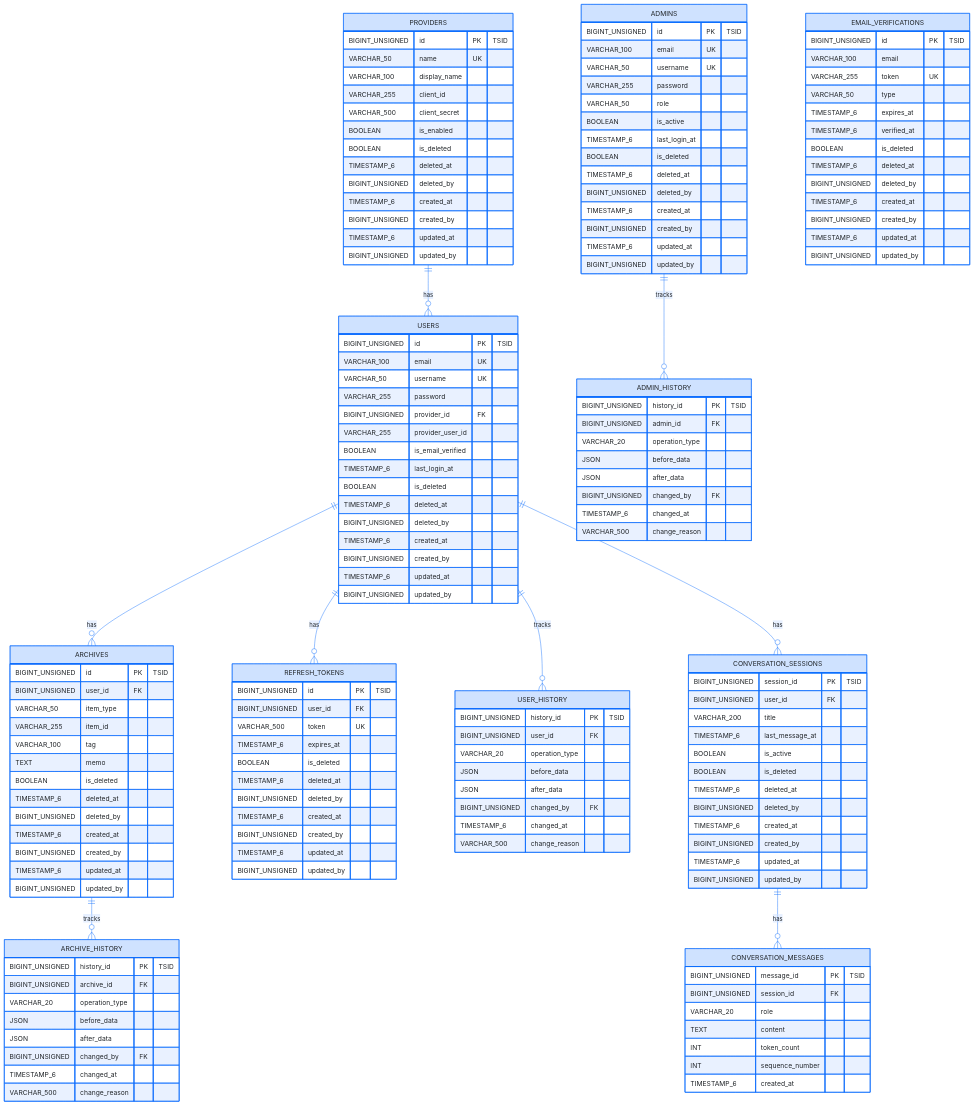
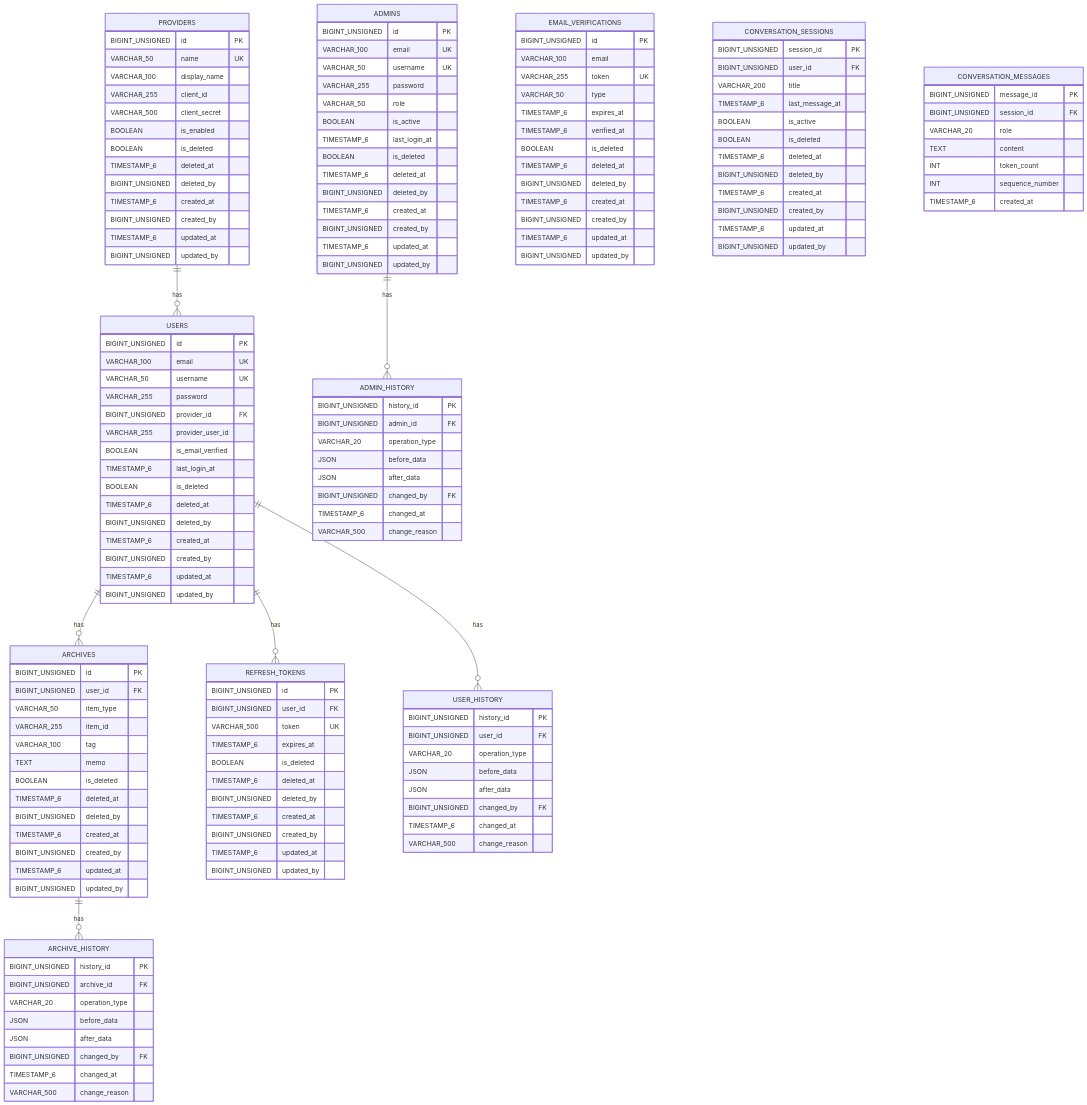
Before and after one commit to thswlsqls/tech-n-ai: the diagram in docs/step1/3. aurora-schema-design.md, drawn with Mermaid. The commit also changed other lines of this file and 58 other files, not shown here.

````diff
--- a/docs/step1/3. aurora-schema-design.md
+++ b/docs/step1/3. aurora-schema-design.md
@@ -795,17 +795,14 @@
 ```mermaid
-%%{init: {'theme':'base', 'themeVariables': {'primaryColor':'#cfe2ff', 'primaryTextColor':'#212529', 'primaryBorderColor':'#0d6efd', 'lineColor':'#0d6efd', 'secondaryColor':'#cfe2ff', 'tertiaryColor':'#cfe2ff', 'background':'#ffffff', 'mainBkgColor':'#cfe2ff', 'secondBkgColor':'#cfe2ff', 'tertiaryBkgColor':'#cfe2ff', 'noteBkgColor':'#cfe2ff', 'noteTextColor':'#212529', 'noteBorderColor':'#0d6efd', 'actorBorder':'#0d6efd', 'actorBkg':'#cfe2ff', 'actorTextColor':'#212529', 'actorLineColor':'#0d6efd', 'cScale0':'#cfe2ff', 'cScale1':'#cfe2ff', 'cScale2':'#cfe2ff', 'cScaleLabel':'#212529', 'cScaleLabelText':'#212529', 'pie1':'#cfe2ff', 'pie2':'#cfe2ff', 'pie3':'#cfe2ff', 'pie4':'#cfe2ff', 'pie5':'#cfe2ff', 'pie6':'#cfe2ff', 'pie7':'#cfe2ff'}}}%%
 erDiagram
     PROVIDERS ||--o{ USERS : "has"
     USERS ||--o{ ARCHIVES : "has"
     USERS ||--o{ REFRESH_TOKENS : "has"
-    USERS ||--o{ USER_HISTORY : "tracks"
-    USERS ||--o{ CONVERSATION_SESSIONS : "has"
-    ADMINS ||--o{ ADMIN_HISTORY : "tracks"
-    ARCHIVES ||--o{ ARCHIVE_HISTORY : "tracks"
-    CONVERSATION_SESSIONS ||--o{ CONVERSATION_MESSAGES : "has"
+    USERS ||--o{ USER_HISTORY : "has"
+    ADMINS ||--o{ ADMIN_HISTORY : "has"
+    ARCHIVES ||--o{ ARCHIVE_HISTORY : "has"
     
     PROVIDERS {
-        BIGINT_UNSIGNED id PK "TSID"
+        BIGINT_UNSIGNED id PK
         VARCHAR_50 name UK
         VARCHAR_100 display_name
         VARCHAR_255 client_id
@@ -821,7 +818,7 @@
     }
     
     USERS {
-        BIGINT_UNSIGNED id PK "TSID"
+        BIGINT_UNSIGNED id PK
         VARCHAR_100 email UK
         VARCHAR_50 username UK
         VARCHAR_255 password
@@ -839,7 +836,7 @@
     }
     
     ADMINS {
-        BIGINT_UNSIGNED id PK "TSID"
+        BIGINT_UNSIGNED id PK
         VARCHAR_100 email UK
         VARCHAR_50 username UK
         VARCHAR_255 password
@@ -855,35 +852,8 @@
         BIGINT_UNSIGNED updated_by
     }
     
-    EMAIL_VERIFICATIONS {
-        BIGINT_UNSIGNED id PK "TSID"
-        VARCHAR_100 email
-        VARCHAR_255 token UK
-        VARCHAR_50 type
-        TIMESTAMP_6 expires_at
-        TIMESTAMP_6 verified_at
-        BOOLEAN is_deleted
-        TIMESTAMP_6 deleted_at
-        BIGINT_UNSIGNED deleted_by
-        TIMESTAMP_6 created_at
-        BIGINT_UNSIGNED created_by
-        TIMESTAMP_6 updated_at
-        BIGINT_UNSIGNED updated_by
-    }
-    
-    ADMIN_HISTORY {
-        BIGINT_UNSIGNED history_id PK "TSID"
-        BIGINT_UNSIGNED admin_id FK
-        VARCHAR_20 operation_type
-        JSON before_data
-        JSON after_data
-        BIGINT_UNSIGNED changed_by FK
-        TIMESTAMP_6 changed_at
-        VARCHAR_500 change_reason
-    }
-    
     ARCHIVES {
-        BIGINT_UNSIGNED id PK "TSID"
+        BIGINT_UNSIGNED id PK
         BIGINT_UNSIGNED user_id FK
         VARCHAR_50 item_type
         VARCHAR_255 item_id
@@ -899,7 +869,7 @@
     }
     
     REFRESH_TOKENS {
-        BIGINT_UNSIGNED id PK "TSID"
+        BIGINT_UNSIGNED id PK
         BIGINT_UNSIGNED user_id FK
         VARCHAR_500 token UK
         TIMESTAMP_6 expires_at
@@ -912,8 +882,24 @@
         BIGINT_UNSIGNED updated_by
     }
     
+    EMAIL_VERIFICATIONS {
+        BIGINT_UNSIGNED id PK
+        VARCHAR_100 email
+        VARCHAR_255 token UK
+        VARCHAR_50 type
+        TIMESTAMP_6 expires_at
+        TIMESTAMP_6 verified_at
+        BOOLEAN is_deleted
+        TIMESTAMP_6 deleted_at
+        BIGINT_UNSIGNED deleted_by
+        TIMESTAMP_6 created_at
+        BIGINT_UNSIGNED created_by
+        TIMESTAMP_6 updated_at
+        BIGINT_UNSIGNED updated_by
+    }
+    
     USER_HISTORY {
-        BIGINT_UNSIGNED history_id PK "TSID"
+        BIGINT_UNSIGNED history_id PK
         BIGINT_UNSIGNED user_id FK
         VARCHAR_20 operation_type
         JSON before_data
@@ -923,8 +909,19 @@
         VARCHAR_500 change_reason
     }
     
+    ADMIN_HISTORY {
+        BIGINT_UNSIGNED history_id PK
+        BIGINT_UNSIGNED admin_id FK
+        VARCHAR_20 operation_type
+        JSON before_data
+        JSON after_data
+        BIGINT_UNSIGNED changed_by FK
+        TIMESTAMP_6 changed_at
+        VARCHAR_500 change_reason
+    }
+    
     ARCHIVE_HISTORY {
-        BIGINT_UNSIGNED history_id PK "TSID"
+        BIGINT_UNSIGNED history_id PK
         BIGINT_UNSIGNED archive_id FK
         VARCHAR_20 operation_type
         JSON before_data
@@ -935,7 +932,7 @@
     }
     
     CONVERSATION_SESSIONS {
-        BIGINT_UNSIGNED session_id PK "TSID"
+        BIGINT_UNSIGNED session_id PK
         BIGINT_UNSIGNED user_id FK
         VARCHAR_200 title
         TIMESTAMP_6 last_message_at
@@ -950,7 +947,7 @@
     }
     
     CONVERSATION_MESSAGES {
-        BIGINT_UNSIGNED message_id PK "TSID"
+        BIGINT_UNSIGNED message_id PK
         BIGINT_UNSIGNED session_id FK
         VARCHAR_20 role
         TEXT content
````
